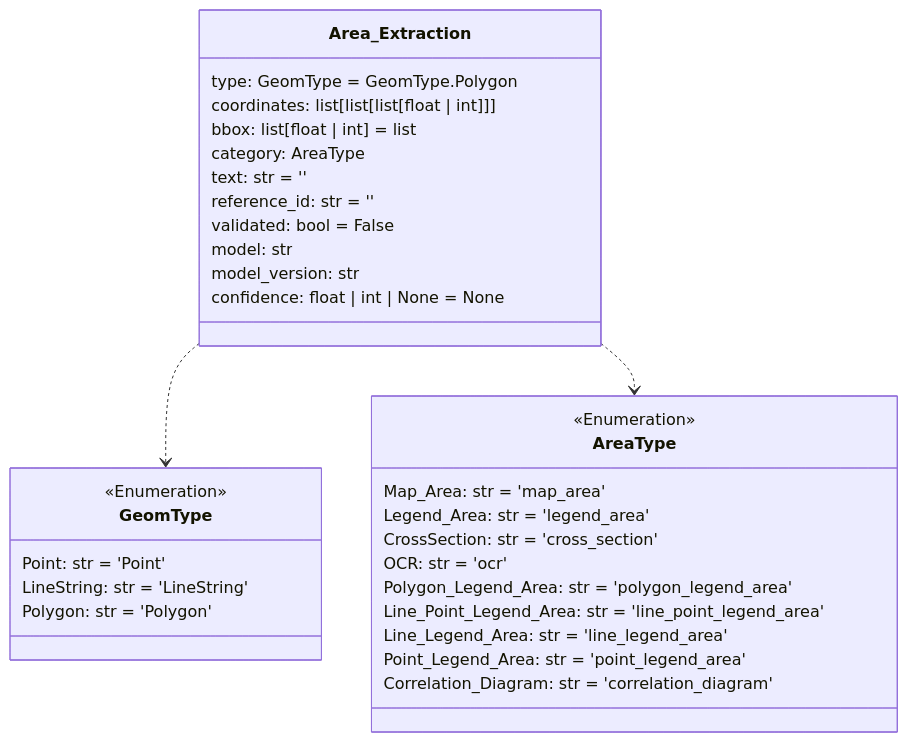
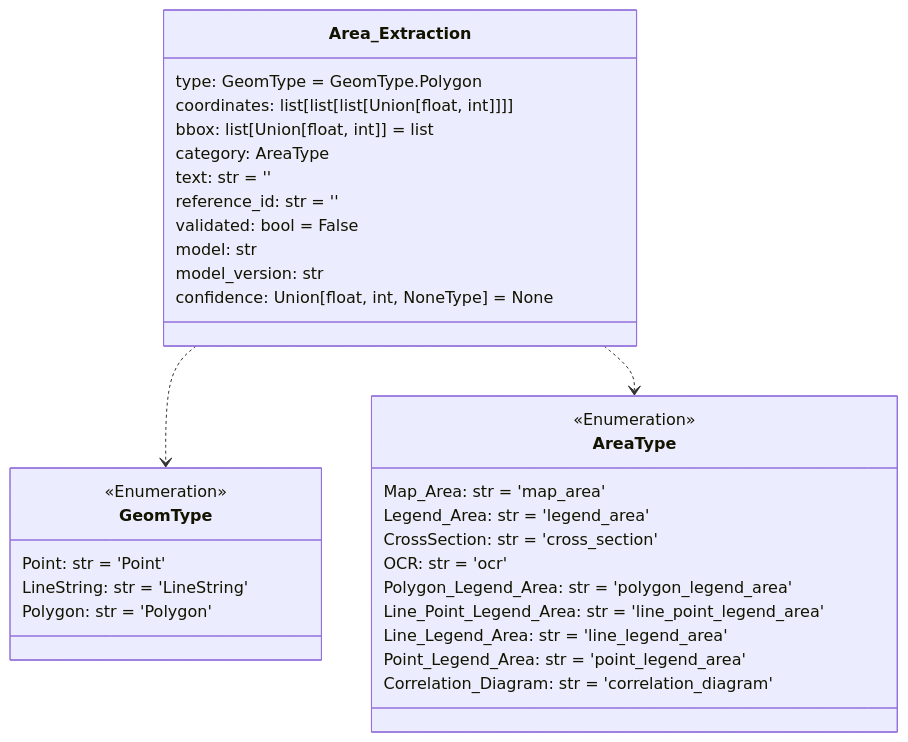
Before and after one commit to DARPA-CRITICALMAAS/cdr_schemas: the first of 14 diagrams in README.md, drawn with Mermaid. The commit also changed other lines of this file and 2 other files, not shown here.

````diff
--- a/README.md
+++ b/README.md
@@ -68,41 +68,41 @@
 ```mermaid
 classDiagram
 
     class GeomType {
         <<Enumeration>>
         Point: str = 'Point'
         LineString: str = 'LineString'
         Polygon: str = 'Polygon'
     }
 
     class Area_Extraction {
         type: GeomType = GeomType.Polygon
-        coordinates: list[list[list[float | int]]]
-        bbox: list[float | int] = list
+        coordinates: list[list[list[Union[float, int]]]]
+        bbox: list[Union[float, int]] = list
         category: AreaType
         text: str = ''
         reference_id: str = ''
         validated: bool = False
         model: str
         model_version: str
-        confidence: float | int | None = None
+        confidence: Union[float, int, NoneType] = None
     }
 
     class AreaType {
         <<Enumeration>>
         Map_Area: str = 'map_area'
         Legend_Area: str = 'legend_area'
         CrossSection: str = 'cross_section'
         OCR: str = 'ocr'
         Polygon_Legend_Area: str = 'polygon_legend_area'
         Line_Point_Legend_Area: str = 'line_point_legend_area'
         Line_Legend_Area: str = 'line_legend_area'
         Point_Legend_Area: str = 'point_legend_area'
         Correlation_Diagram: str = 'correlation_diagram'
     }
 
     Area_Extraction ..> GeomType
     Area_Extraction ..> AreaType
 
 
 ```
````
